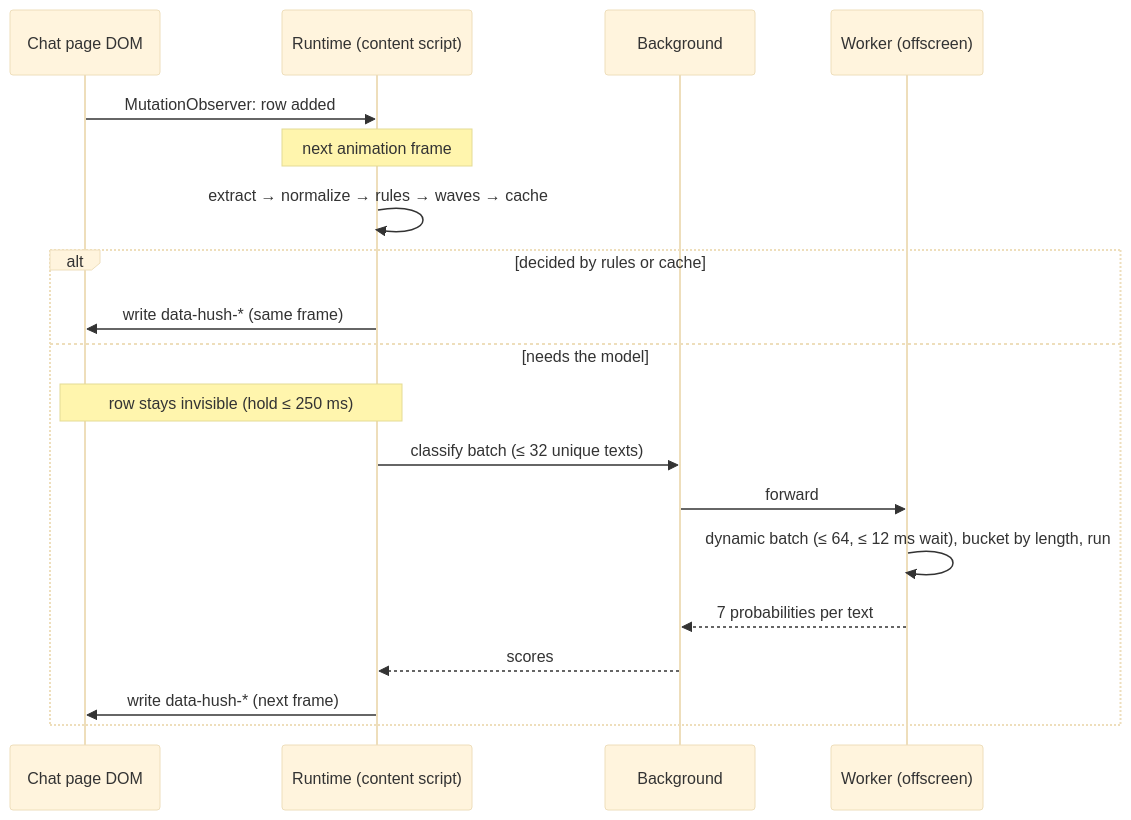
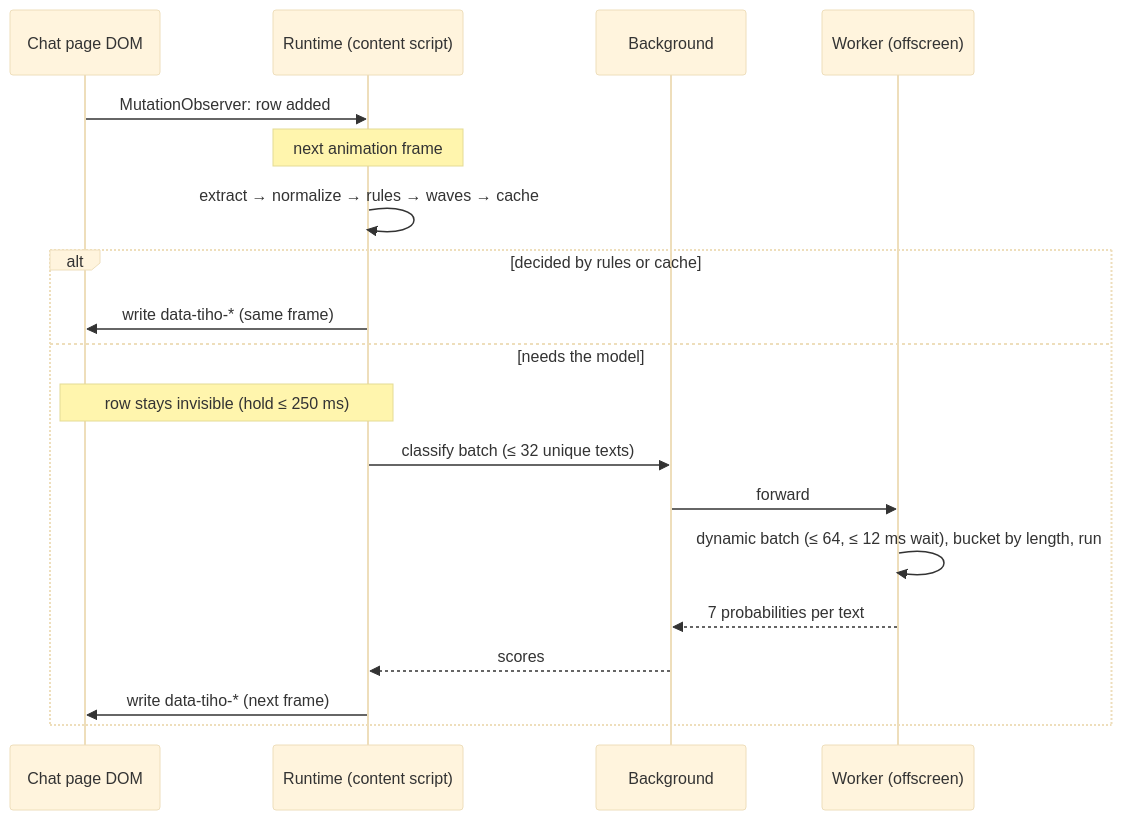
Before and after one commit to daradudai/tiho: the second of 3 diagrams in docs/architecture.md, drawn with Mermaid (base theme). The commit also changed other lines of this file and 172 other files, not shown here.

First line of the commit message:
Rename Hush to Tiho; ship the v3 model; store listing assets; tiho.chat site

````diff
--- a/docs/architecture.md
+++ b/docs/architecture.md
@@ -35,21 +35,21 @@
 ```mermaid
 sequenceDiagram
     participant P as Chat page DOM
     participant R as Runtime (content script)
     participant B as Background
     participant W as Worker (offscreen)
     P->>R: MutationObserver: row added
     Note over R: next animation frame
     R->>R: extract → normalize → rules → waves → cache
     alt decided by rules or cache
-        R->>P: write data-hush-* (same frame)
+        R->>P: write data-tiho-* (same frame)
     else needs the model
         Note over P,R: row stays invisible (hold ≤ 250 ms)
         R->>B: classify batch (≤ 32 unique texts)
         B->>W: forward
         W->>W: dynamic batch (≤ 64, ≤ 12 ms wait), bucket by length, run
         W-->>B: 7 probabilities per text
         B-->>R: scores
-        R->>P: write data-hush-* (next frame)
+        R->>P: write data-tiho-* (next frame)
     end
 ```
````
